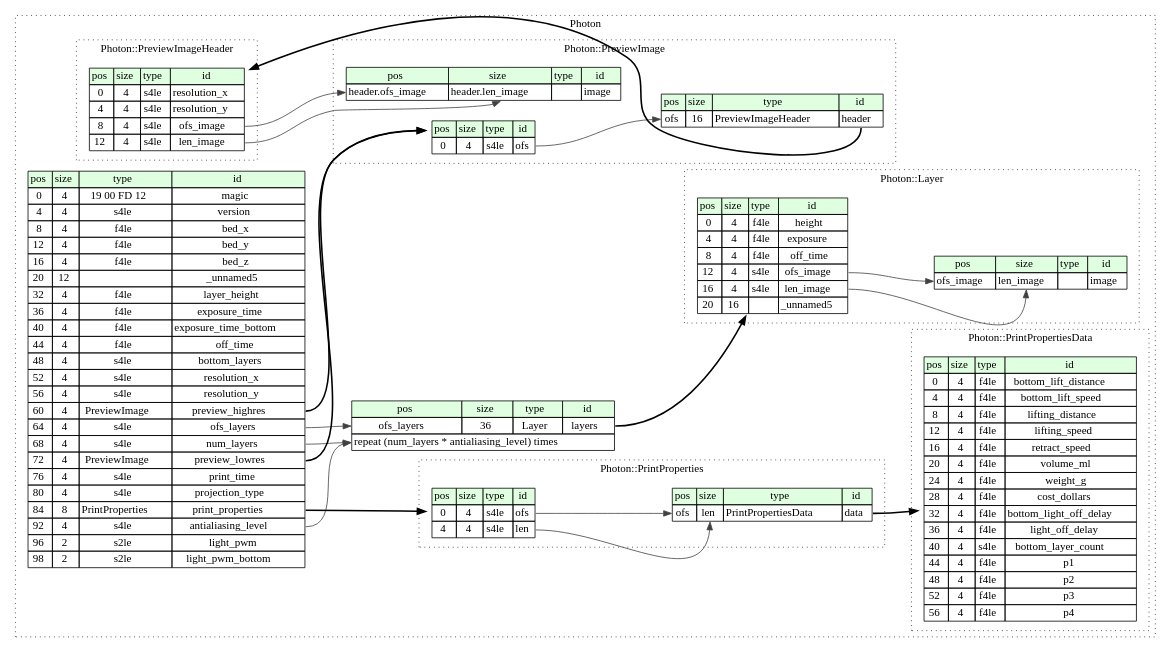
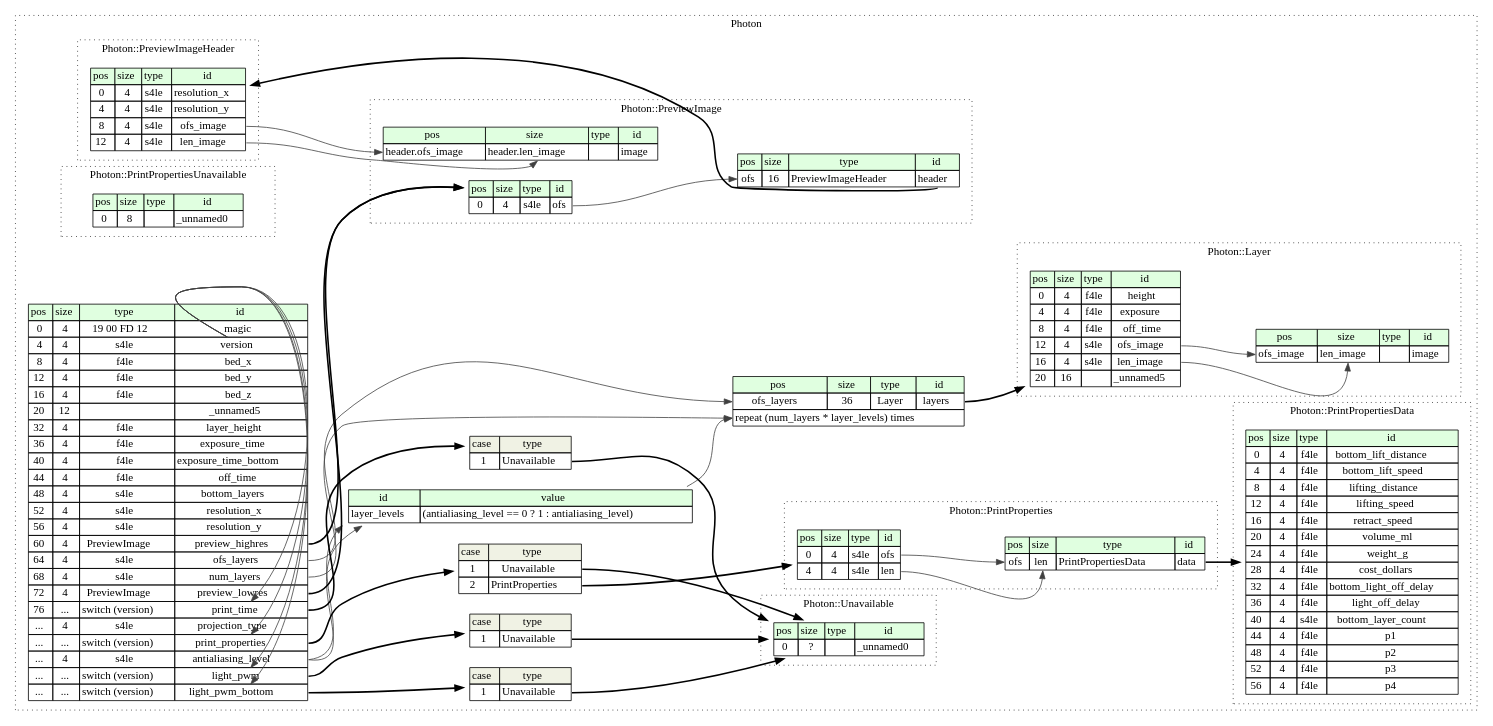
The diagram in fileformat/photon.dot (fookatchu/pyphotonfile), drawn with Graphviz before and after one commit. The commit also changed 2 other files, not shown here.

Commit message:
update to photon v2 kaitai definition

```diff
--- a/fileformat/photon.dot
+++ b/fileformat/photon.dot
@@ -24,18 +24,39 @@
 			<TR><TD PORT="ofs_layers_pos">64</TD><TD PORT="ofs_layers_size">4</TD><TD>s4le</TD><TD PORT="ofs_layers_type">ofs_layers</TD></TR>
 			<TR><TD PORT="num_layers_pos">68</TD><TD PORT="num_layers_size">4</TD><TD>s4le</TD><TD PORT="num_layers_type">num_layers</TD></TR>
 			<TR><TD PORT="preview_lowres_pos">72</TD><TD PORT="preview_lowres_size">4</TD><TD>PreviewImage</TD><TD PORT="preview_lowres_type">preview_lowres</TD></TR>
-			<TR><TD PORT="print_time_pos">76</TD><TD PORT="print_time_size">4</TD><TD>s4le</TD><TD PORT="print_time_type">print_time</TD></TR>
-			<TR><TD PORT="projection_type_pos">80</TD><TD PORT="projection_type_size">4</TD><TD>s4le</TD><TD PORT="projection_type_type">projection_type</TD></TR>
-			<TR><TD PORT="print_properties_pos">84</TD><TD PORT="print_properties_size">8</TD><TD>PrintProperties</TD><TD PORT="print_properties_type">print_properties</TD></TR>
-			<TR><TD PORT="antialiasing_level_pos">92</TD><TD PORT="antialiasing_level_size">4</TD><TD>s4le</TD><TD PORT="antialiasing_level_type">antialiasing_level</TD></TR>
-			<TR><TD PORT="light_pwm_pos">96</TD><TD PORT="light_pwm_size">2</TD><TD>s2le</TD><TD PORT="light_pwm_type">light_pwm</TD></TR>
-			<TR><TD PORT="light_pwm_bottom_pos">98</TD><TD PORT="light_pwm_bottom_size">2</TD><TD>s2le</TD><TD PORT="light_pwm_bottom_type">light_pwm_bottom</TD></TR>
+			<TR><TD PORT="print_time_pos">76</TD><TD PORT="print_time_size">...</TD><TD>switch (version)</TD><TD PORT="print_time_type">print_time</TD></TR>
+			<TR><TD PORT="projection_type_pos">...</TD><TD PORT="projection_type_size">4</TD><TD>s4le</TD><TD PORT="projection_type_type">projection_type</TD></TR>
+			<TR><TD PORT="print_properties_pos">...</TD><TD PORT="print_properties_size">...</TD><TD>switch (version)</TD><TD PORT="print_properties_type">print_properties</TD></TR>
+			<TR><TD PORT="antialiasing_level_pos">...</TD><TD PORT="antialiasing_level_size">4</TD><TD>s4le</TD><TD PORT="antialiasing_level_type">antialiasing_level</TD></TR>
+			<TR><TD PORT="light_pwm_pos">...</TD><TD PORT="light_pwm_size">...</TD><TD>switch (version)</TD><TD PORT="light_pwm_type">light_pwm</TD></TR>
+			<TR><TD PORT="light_pwm_bottom_pos">...</TD><TD PORT="light_pwm_bottom_size">...</TD><TD>switch (version)</TD><TD PORT="light_pwm_bottom_type">light_pwm_bottom</TD></TR>
+		</TABLE>>];
+		photon__inst__layer_levels [label=<<TABLE BORDER="0" CELLBORDER="1" CELLSPACING="0">
+			<TR><TD BGCOLOR="#E0FFE0">id</TD><TD BGCOLOR="#E0FFE0">value</TD></TR>
+			<TR><TD>layer_levels</TD><TD>(antialiasing_level == 0 ? 1 : antialiasing_level)</TD></TR>
 		</TABLE>>];
 		photon__inst__layers [label=<<TABLE BORDER="0" CELLBORDER="1" CELLSPACING="0">
 			<TR><TD BGCOLOR="#E0FFE0">pos</TD><TD BGCOLOR="#E0FFE0">size</TD><TD BGCOLOR="#E0FFE0">type</TD><TD BGCOLOR="#E0FFE0">id</TD></TR>
 			<TR><TD PORT="layers_pos">ofs_layers</TD><TD PORT="layers_size">36</TD><TD>Layer</TD><TD PORT="layers_type">layers</TD></TR>
-			<TR><TD COLSPAN="4" PORT="layers__repeat">repeat (num_layers * antialiasing_level) times</TD></TR>
+			<TR><TD COLSPAN="4" PORT="layers__repeat">repeat (num_layers * layer_levels) times</TD></TR>
 		</TABLE>>];
+photon__seq_print_time_switch [label=<<TABLE BORDER="0" CELLBORDER="1" CELLSPACING="0">
+	<TR><TD BGCOLOR="#F0F2E4">case</TD><TD BGCOLOR="#F0F2E4">type</TD></TR>
+	<TR><TD>1</TD><TD PORT="case0">Unavailable</TD></TR>
+</TABLE>>];
+photon__seq_print_properties_switch [label=<<TABLE BORDER="0" CELLBORDER="1" CELLSPACING="0">
+	<TR><TD BGCOLOR="#F0F2E4">case</TD><TD BGCOLOR="#F0F2E4">type</TD></TR>
+	<TR><TD>1</TD><TD PORT="case0">Unavailable</TD></TR>
+	<TR><TD>2</TD><TD PORT="case1">PrintProperties</TD></TR>
+</TABLE>>];
+photon__seq_light_pwm_switch [label=<<TABLE BORDER="0" CELLBORDER="1" CELLSPACING="0">
+	<TR><TD BGCOLOR="#F0F2E4">case</TD><TD BGCOLOR="#F0F2E4">type</TD></TR>
+	<TR><TD>1</TD><TD PORT="case0">Unavailable</TD></TR>
+</TABLE>>];
+photon__seq_light_pwm_bottom_switch [label=<<TABLE BORDER="0" CELLBORDER="1" CELLSPACING="0">
+	<TR><TD BGCOLOR="#F0F2E4">case</TD><TD BGCOLOR="#F0F2E4">type</TD></TR>
+	<TR><TD>1</TD><TD PORT="case0">Unavailable</TD></TR>
+</TABLE>>];
 		subgraph cluster__preview_image_header {
 			label="Photon::PreviewImageHeader";
 			graph[style=dotted];
@@ -71,6 +92,15 @@
 				<TR><TD PORT="p4_pos">56</TD><TD PORT="p4_size">4</TD><TD>f4le</TD><TD PORT="p4_type">p4</TD></TR>
 			</TABLE>>];
 		}
+		subgraph cluster__unavailable {
+			label="Photon::Unavailable";
+			graph[style=dotted];
+
+			unavailable__seq [label=<<TABLE BORDER="0" CELLBORDER="1" CELLSPACING="0">
+				<TR><TD BGCOLOR="#E0FFE0">pos</TD><TD BGCOLOR="#E0FFE0">size</TD><TD BGCOLOR="#E0FFE0">type</TD><TD BGCOLOR="#E0FFE0">id</TD></TR>
+				<TR><TD PORT="_unnamed0_pos">0</TD><TD PORT="_unnamed0_size">?</TD><TD></TD><TD PORT="_unnamed0_type">_unnamed0</TD></TR>
+			</TABLE>>];
+		}
 		subgraph cluster__print_properties {
 			label="Photon::PrintProperties";
 			graph[style=dotted];
@@ -103,6 +133,15 @@
 				<TR><TD PORT="image_pos">ofs_image</TD><TD PORT="image_size">len_image</TD><TD></TD><TD PORT="image_type">image</TD></TR>
 			</TABLE>>];
 		}
+		subgraph cluster__print_properties_unavailable {
+			label="Photon::PrintPropertiesUnavailable";
+			graph[style=dotted];
+
+			print_properties_unavailable__seq [label=<<TABLE BORDER="0" CELLBORDER="1" CELLSPACING="0">
+				<TR><TD BGCOLOR="#E0FFE0">pos</TD><TD BGCOLOR="#E0FFE0">size</TD><TD BGCOLOR="#E0FFE0">type</TD><TD BGCOLOR="#E0FFE0">id</TD></TR>
+				<TR><TD PORT="_unnamed0_pos">0</TD><TD PORT="_unnamed0_size">8</TD><TD></TD><TD PORT="_unnamed0_type">_unnamed0</TD></TR>
+			</TABLE>>];
+		}
 		subgraph cluster__preview_image {
 			label="Photon::PreviewImage";
 			graph[style=dotted];
@@ -123,11 +162,25 @@
 	}
 	photon__seq:preview_highres_type -> preview_image__seq [style=bold];
 	photon__seq:preview_lowres_type -> preview_image__seq [style=bold];
-	photon__seq:print_properties_type -> print_properties__seq [style=bold];
+	photon__seq:print_time_type -> photon__seq_print_time_switch [style=bold];
+	photon__seq_print_time_switch:case0 -> unavailable__seq [style=bold];
+	photon__seq:version_type -> photon__seq:print_time_type [color="#404040"];
+	photon__seq:print_properties_type -> photon__seq_print_properties_switch [style=bold];
+	photon__seq_print_properties_switch:case0 -> unavailable__seq [style=bold];
+	photon__seq_print_properties_switch:case1 -> print_properties__seq [style=bold];
+	photon__seq:version_type -> photon__seq:print_properties_type [color="#404040"];
+	photon__seq:light_pwm_type -> photon__seq_light_pwm_switch [style=bold];
+	photon__seq_light_pwm_switch:case0 -> unavailable__seq [style=bold];
+	photon__seq:version_type -> photon__seq:light_pwm_type [color="#404040"];
+	photon__seq:light_pwm_bottom_type -> photon__seq_light_pwm_bottom_switch [style=bold];
+	photon__seq_light_pwm_bottom_switch:case0 -> unavailable__seq [style=bold];
+	photon__seq:version_type -> photon__seq:light_pwm_bottom_type [color="#404040"];
+	photon__seq:antialiasing_level_type -> photon__inst__layer_levels [color="#404040"];
+	photon__seq:antialiasing_level_type -> photon__inst__layer_levels [color="#404040"];
 	photon__seq:ofs_layers_type -> photon__inst__layers:layers_pos [color="#404040"];
 	photon__inst__layers:layers_type -> layer__seq [style=bold];
 	photon__seq:num_layers_type -> photon__inst__layers:layers__repeat [color="#404040"];
-	photon__seq:antialiasing_level_type -> photon__inst__layers:layers__repeat [color="#404040"];
+	photon__inst__layer_levels:layer_levels_type -> photon__inst__layers:layers__repeat [color="#404040"];
 	print_properties__seq:ofs_type -> print_properties__inst__data:data_pos [color="#404040"];
 	print_properties__seq:len_type -> print_properties__inst__data:data_size [color="#404040"];
 	print_properties__inst__data:data_type -> print_properties_data__seq [style=bold];
```
